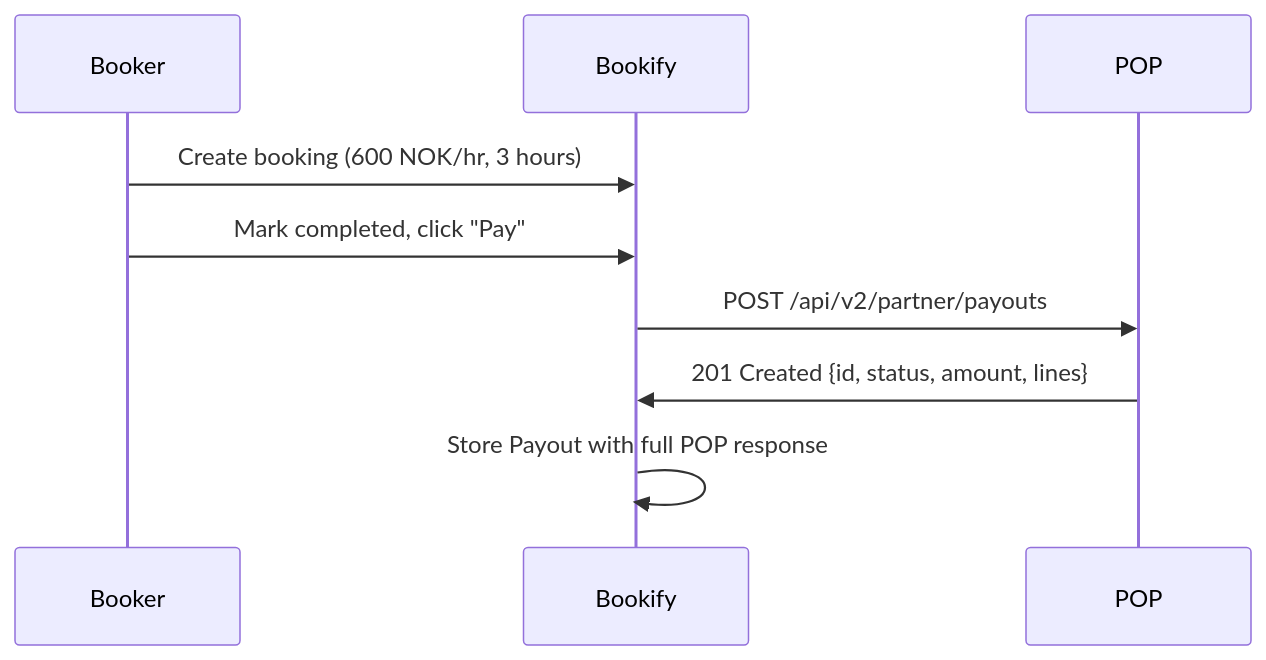
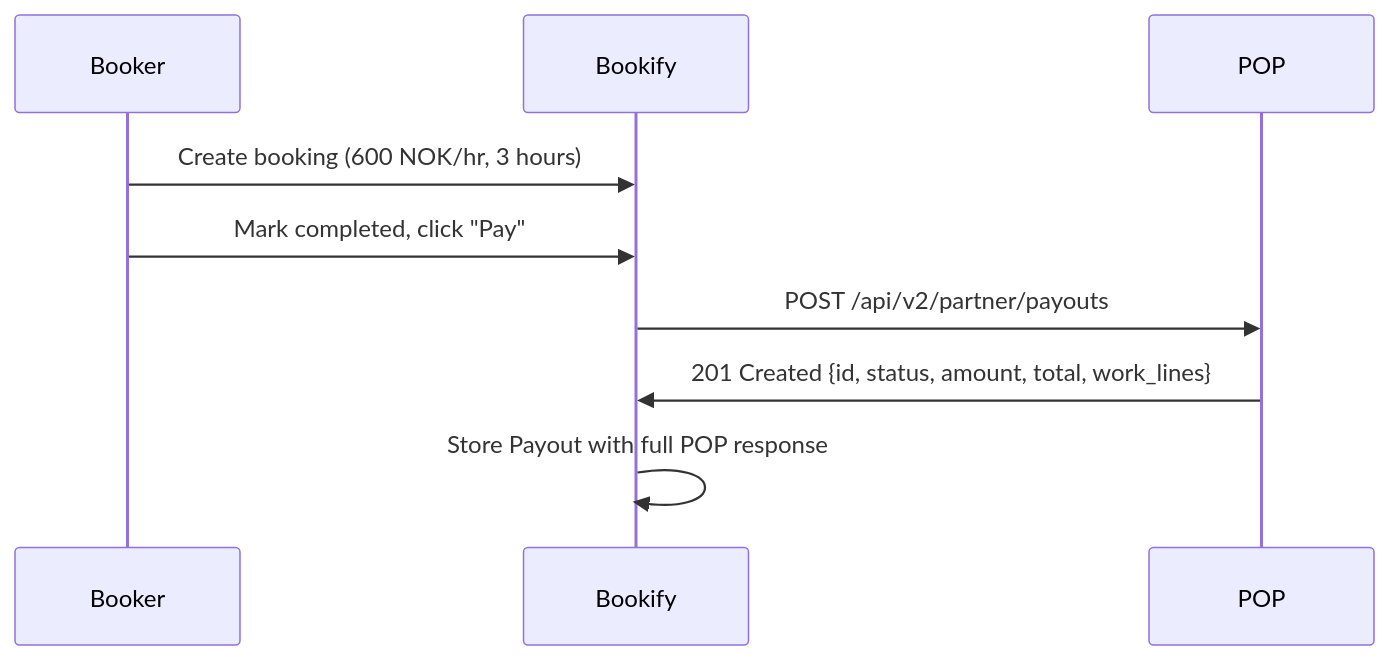
One commit to Skiwo/bookify-app changed the second of 4 diagrams in README.md. Above: the diagram before and after it, drawn with Mermaid. The commit also changed other lines of this file and 1 other file, not shown here.

First line of the commit message:
docs: update README + llms.txt to API v2 (hosts, enroll_sessions, work_lines, masked profile)

````diff
--- a/README.md
+++ b/README.md
@@ -122,12 +128,12 @@
 ```mermaid
 sequenceDiagram
     participant Booker
     participant Bookify
     participant POP
 
     Booker->>Bookify: Create booking (600 NOK/hr, 3 hours)
     Booker->>Bookify: Mark completed, click "Pay"
     Bookify->>POP: POST /api/v2/partner/payouts
-    POP->>Bookify: 201 Created {id, status, amount, lines}
+    POP->>Bookify: 201 Created {id, status, amount, total, work_lines}
     Bookify->>Bookify: Store Payout with full POP response
 ```
````
